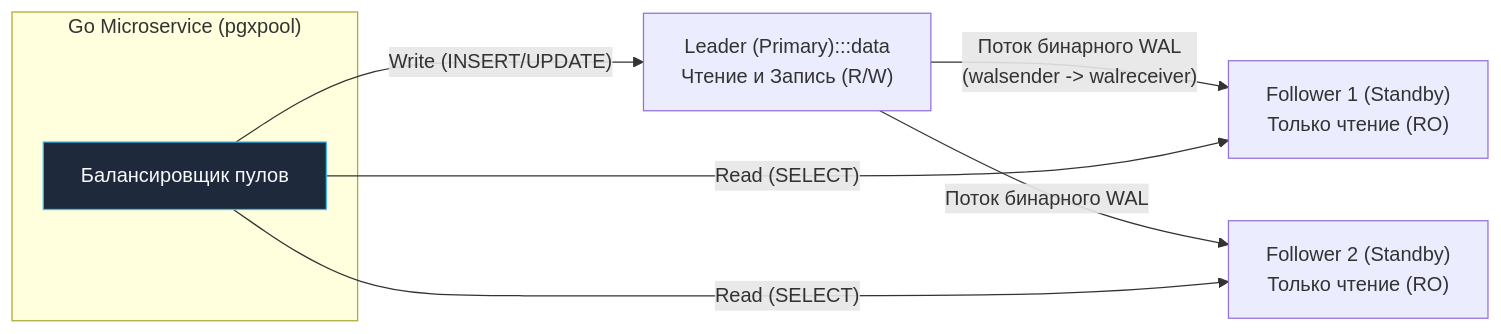
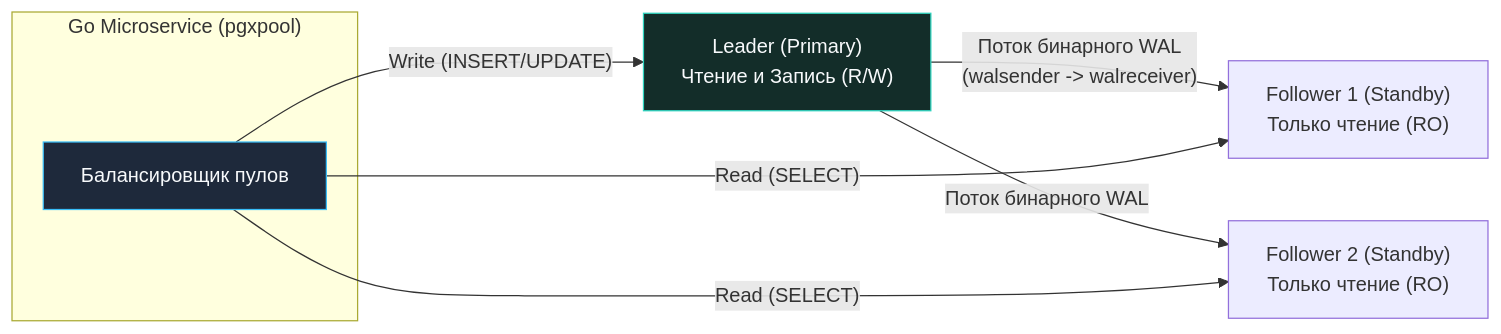
One commit to UnrealTemplier/go-textbook-ru changed the first of 2 diagrams in sources/12. Базы данных/06. PostgreSQL/11. Репликация в PostgreSQL.md. Above: the diagram before and after it, drawn with Mermaid. The commit also changed 40 other files, not shown here.

First line of the commit message:
fix(mermaid): move :::class out of 48 quoted node labels

````diff
--- a/sources/12. Базы данных/06. PostgreSQL/11. Репликация в PostgreSQL.md
+++ b/sources/12. Базы данных/06. PostgreSQL/11. Репликация в PostgreSQL.md
@@ -25,23 +25,23 @@
 ```mermaid
 flowchart LR
     classDef process  fill:#1e293b,stroke:#38bdf8,stroke-width:1px,color:#f8fafc
     classDef success  fill:#064e3b,stroke:#34d399,stroke-width:1px,color:#f8fafc
     classDef error    fill:#7f1d1d,stroke:#f87171,stroke-width:1px,color:#f8fafc
     classDef warning  fill:#78350f,stroke:#fbbf24,stroke-width:1px,color:#f8fafc
     classDef entry    fill:#1e3a5f,stroke:#38bdf8,stroke-width:2px,color:#f8fafc
     classDef aux      fill:#334155,stroke:#64748b,stroke-width:1px,color:#f8fafc
     classDef system   fill:#312e81,stroke:#a78bfa,stroke-width:1px,color:#f8fafc
     classDef data     fill:#132d29,stroke:#2dd4bf,stroke-width:1px,color:#f8fafc
     classDef network  fill:#881337,stroke:#fb7185,stroke-width:1px,color:#f8fafc
     classDef accent   fill:#1e1b4b,stroke:#818cf8,stroke-width:1px,color:#f8fafc
-    Leader["Leader (Primary):::data <br> Чтение и Запись (R/W)"] -->|"Поток бинарного WAL <br> (walsender -> walreceiver)"| F1["Follower 1 (Standby) <br> Только чтение (RO)"]
+    Leader["Leader (Primary) <br> Чтение и Запись (R/W)"]:::data -->|"Поток бинарного WAL <br> (walsender -> walreceiver)"| F1["Follower 1 (Standby) <br> Только чтение (RO)"]
     Leader -->|"Поток бинарного WAL"| F2["Follower 2 (Standby) <br> Только чтение (RO)"]
     
     subgraph GoCluster ["Go Microservice (pgxpool)"]
         Client["Балансировщик пулов"]:::process
     end
     
     Client -->|"Write (INSERT/UPDATE)"| Leader
     Client -->|"Read (SELECT)"| F1
     Client -->|"Read (SELECT)"| F2
 ```
````
